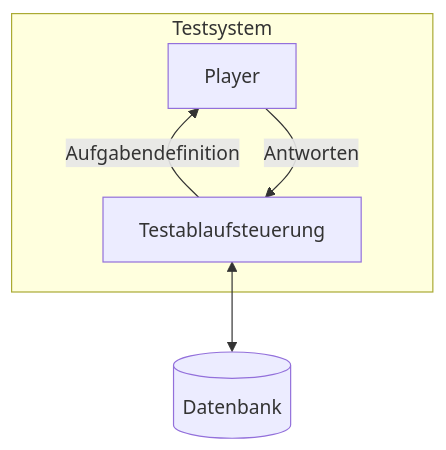
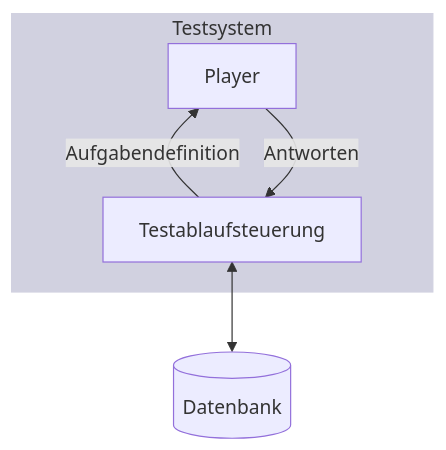
One commit to verona-interfaces/verona-interfaces.github.io changed the diagram in intro/architecture.qmd. Above: the diagram before and after it, drawn with Mermaid. The commit also changed other lines of this file and 3 other files, not shown here.

````diff
--- a/intro/architecture.qmd
+++ b/intro/architecture.qmd
@@ -10,8 +10,9 @@
 ```{mermaid}
 flowchart BT
     subgraph Testsystem
         TC[Testablaufsteuerung]-->|Aufgabendefinition| P[Player]
         P-->|Antworten| TC
     end
+    style Testsystem fill:#d1d1e0,stroke:#d1d1e0
     DB[(Datenbank)]<--> TC
 ```
````
